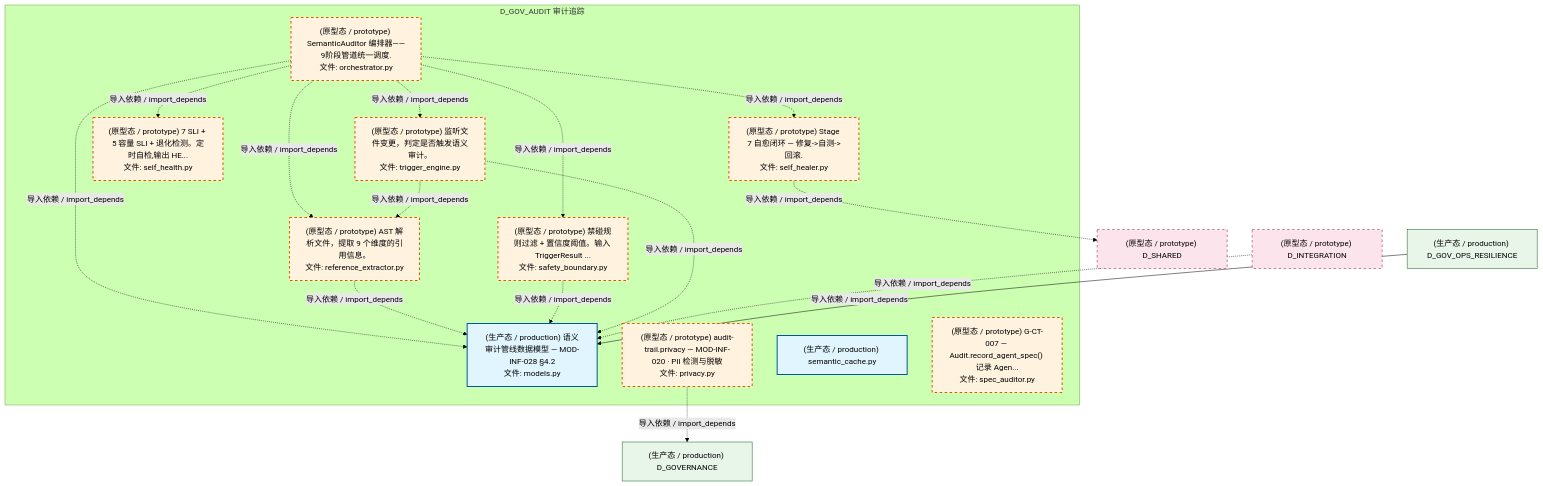
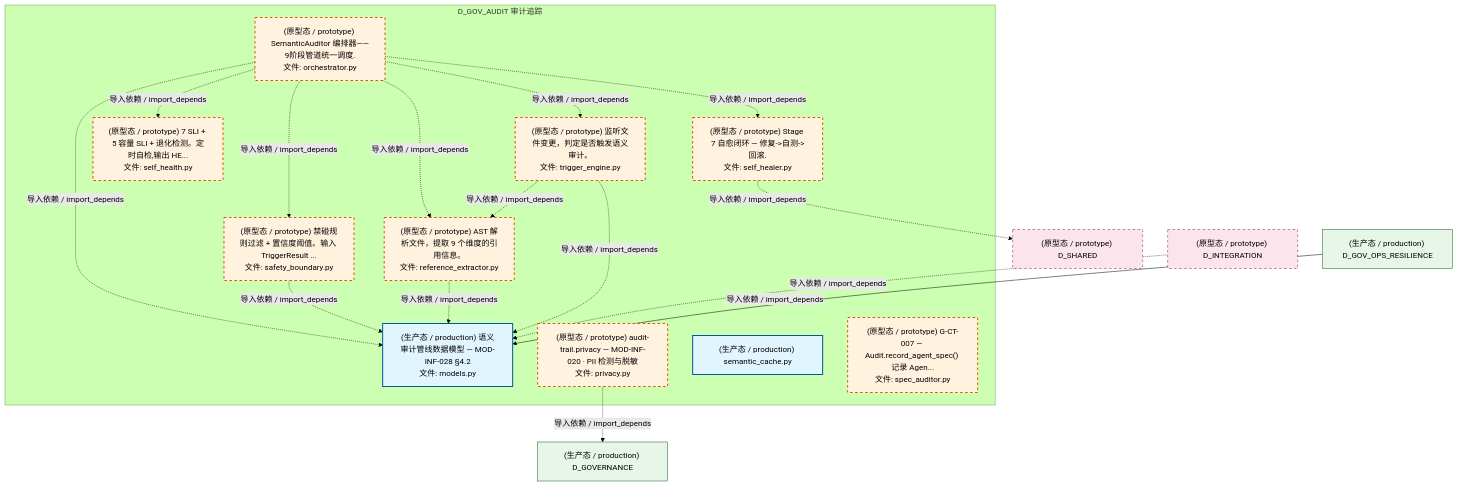
The fourth of 8 diagrams in docs/02_enterprise_architecture/02_domain_architecture_docs/39_d_gov_audit.md (xuanFelixVan/ZephyrAlpha), drawn with Mermaid (forest theme) before and after one commit. The commit also changed other lines of this file and 99 other files, not shown here.

````diff
--- a/docs/02_enterprise_architecture/02_domain_architecture_docs/39_d_gov_audit.md
+++ b/docs/02_enterprise_architecture/02_domain_architecture_docs/39_d_gov_audit.md
@@ -449,41 +449,41 @@
 ```mermaid
 graph TD
     subgraph D_GOV_AUDIT["D_GOV_AUDIT 审计追踪"]
         src_zephyr_governance_semantic_audit_models_py["(生产态 / production) 语义审计管线数据模型 — MOD-INF-028 §4.2<br/>文件: models.py"]
         src_zephyr_governance_semantic_audit_orchestrator_py["(原型态 / prototype) SemanticAuditor 编排器——9阶段管道统一调度.<br/>文件: orchestrator.py"]
         src_zephyr_governance_semantic_audit_privacy_py["(原型态 / prototype) audit-trail.privacy — MOD-INF-020 · PII 检测与脱敏<br/>文件: privacy.py"]
         src_zephyr_governance_semantic_audit_reference_extractor_py["(原型态 / prototype) AST 解析文件，提取 9 个维度的引用信息。<br/>文件: reference_extractor.py"]
         src_zephyr_governance_semantic_audit_safety_boundary_py["(原型态 / prototype) 禁碰规则过滤 + 置信度阈值。输入 TriggerResult ...<br/>文件: safety_boundary.py"]
         src_zephyr_governance_semantic_audit_self_healer_py["(原型态 / prototype) Stage 7 自愈闭环 — 修复->自测->回滚.<br/>文件: self_healer.py"]
         src_zephyr_governance_semantic_audit_self_health_py["(原型态 / prototype) 7 SLI + 5 容量 SLI + 退化检测。定时自检,输出 HE...<br/>文件: self_health.py"]
         src_zephyr_governance_semantic_audit_semantic_cache_py["(生产态 / production) semantic_cache.py"]
         src_zephyr_governance_semantic_audit_spec_auditor_py["(原型态 / prototype) G-CT-007 — Audit.record_agent_spec() 记录 Agen...<br/>文件: spec_auditor.py"]
         src_zephyr_governance_semantic_audit_trigger_engine_py["(原型态 / prototype) 监听文件变更，判定是否触发语义审计。<br/>文件: trigger_engine.py"]
     end
     src_zephyr_governance_semantic_audit_orchestrator_py -.->|导入依赖 / import_depends| src_zephyr_governance_semantic_audit_models_py
-    src_zephyr_governance_semantic_audit_orchestrator_py -.->|导入依赖 / import_depends| src_zephyr_governance_semantic_audit_reference_extractor_py
     src_zephyr_governance_semantic_audit_orchestrator_py -.->|导入依赖 / import_depends| src_zephyr_governance_semantic_audit_safety_boundary_py
     src_zephyr_governance_semantic_audit_orchestrator_py -.->|导入依赖 / import_depends| src_zephyr_governance_semantic_audit_self_healer_py
+    src_zephyr_governance_semantic_audit_orchestrator_py -.->|导入依赖 / import_depends| src_zephyr_governance_semantic_audit_reference_extractor_py
     src_zephyr_governance_semantic_audit_orchestrator_py -.->|导入依赖 / import_depends| src_zephyr_governance_semantic_audit_self_health_py
     src_zephyr_governance_semantic_audit_orchestrator_py -.->|导入依赖 / import_depends| src_zephyr_governance_semantic_audit_trigger_engine_py
+    src_zephyr_governance_semantic_audit_safety_boundary_py -.->|导入依赖 / import_depends| src_zephyr_governance_semantic_audit_models_py
     src_zephyr_governance_semantic_audit_reference_extractor_py -.->|导入依赖 / import_depends| src_zephyr_governance_semantic_audit_models_py
-    src_zephyr_governance_semantic_audit_safety_boundary_py -.->|导入依赖 / import_depends| src_zephyr_governance_semantic_audit_models_py
     src_zephyr_governance_semantic_audit_trigger_engine_py -.->|导入依赖 / import_depends| src_zephyr_governance_semantic_audit_models_py
     src_zephyr_governance_semantic_audit_trigger_engine_py -.->|导入依赖 / import_depends| src_zephyr_governance_semantic_audit_reference_extractor_py
     D_GOVERNANCE["(生产态 / production) D_GOVERNANCE"]
     src_zephyr_governance_semantic_audit_privacy_py -.->|导入依赖 / import_depends| D_GOVERNANCE
     D_SHARED["(原型态 / prototype) D_SHARED"]
     src_zephyr_governance_semantic_audit_self_healer_py -.->|导入依赖 / import_depends| D_SHARED
     D_INTEGRATION["(原型态 / prototype) D_INTEGRATION"]
     D_INTEGRATION -.->|导入依赖 / import_depends| src_zephyr_governance_semantic_audit_models_py
     D_GOV_OPS_RESILIENCE["(生产态 / production) D_GOV_OPS_RESILIENCE"]
     D_GOV_OPS_RESILIENCE -->|导入依赖 / import_depends| src_zephyr_governance_semantic_audit_models_py
     classDef production fill:#e1f5fe,stroke:#01579b,stroke-width:2px,color:#000
     classDef design fill:#fff3e0,stroke:#e65100,stroke-width:2px,color:#000,stroke-dasharray: 5 5
     classDef external_prod fill:#e8f5e9,stroke:#1b5e20,stroke-width:1px,color:#000
     classDef external_design fill:#fce4ec,stroke:#880e4f,stroke-width:1px,color:#000,stroke-dasharray: 5 5
     class src_zephyr_governance_semantic_audit_models_py,src_zephyr_governance_semantic_audit_semantic_cache_py production
     class src_zephyr_governance_semantic_audit_orchestrator_py,src_zephyr_governance_semantic_audit_privacy_py,src_zephyr_governance_semantic_audit_reference_extractor_py,src_zephyr_governance_semantic_audit_safety_boundary_py,src_zephyr_governance_semantic_audit_self_healer_py,src_zephyr_governance_semantic_audit_self_health_py,src_zephyr_governance_semantic_audit_spec_auditor_py,src_zephyr_governance_semantic_audit_trigger_engine_py design
     class D_GOVERNANCE,D_GOV_OPS_RESILIENCE external_prod
     class D_SHARED,D_INTEGRATION external_design
 ```
````
